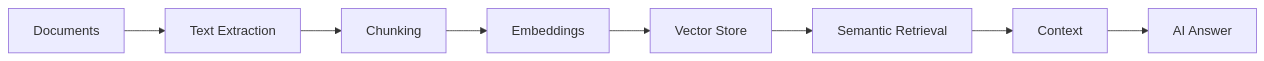
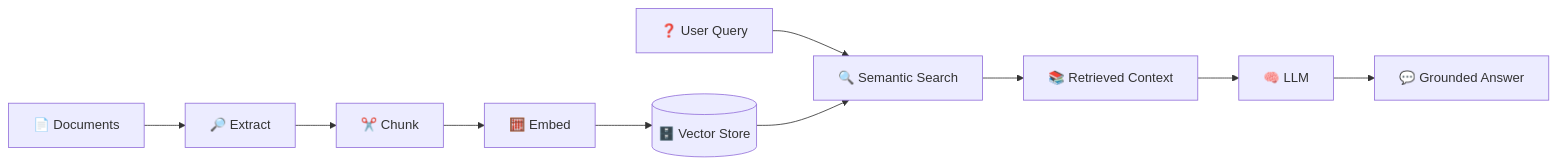
The third of 6 diagrams in README.md (veerendrakalyanbabu-VKB/veerendrakalyanbabu-VKB), drawn with Mermaid before and after one commit. The commit also changed other lines of this file, not shown here.

````diff
--- a/README.md
+++ b/README.md
@@ -108,10 +212,12 @@
 ```mermaid
 flowchart LR
-    A[Documents] --> B[Text Extraction]
-    B --> C[Chunking]
-    C --> D[Embeddings]
-    D --> E[Vector Store]
-    E --> F[Semantic Retrieval]
-    F --> G[Context]
-    G --> H[AI Answer]
+    A["📄 Documents"] --> B["🔎 Extract"]
+    B --> C["✂️ Chunk"]
+    C --> D["🧮 Embed"]
+    D --> E[("🗄️ Vector Store")]
+    Q["❓ User Query"] --> R["🔍 Semantic Search"]
+    E --> R
+    R --> X["📚 Retrieved Context"]
+    X --> L["🧠 LLM"]
+    L --> Z["💬 Grounded Answer"]
 ```
````
